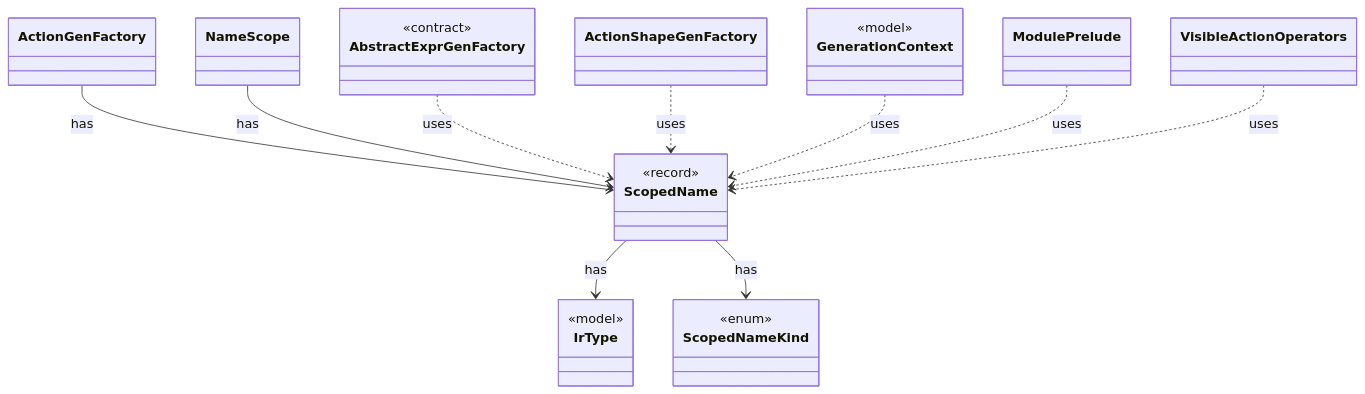
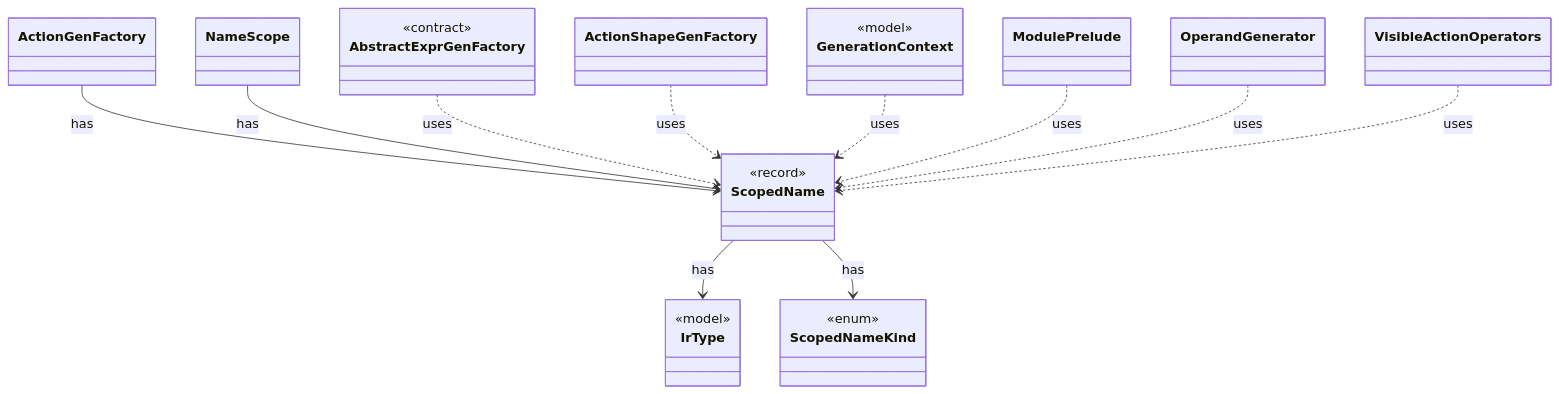
Before and after one commit to tlaplus/model-checker-hardening: the diagram in dev/types/io.github.tlaplus.hardening.gen.engine.ScopedName.md, drawn with Mermaid. The commit also changed other lines of this file and 405 other files, not shown here.

````diff
--- a/dev/types/io.github.tlaplus.hardening.gen.engine.ScopedName.md
+++ b/dev/types/io.github.tlaplus.hardening.gen.engine.ScopedName.md
@@ -7,32 +7,34 @@
 ```mermaid
 classDiagram
   class ScopedName {
     <<record>>
   }
   class IrType {
     <<model>>
   }
   class ScopedNameKind {
     <<enum>>
   }
   class ActionGenFactory
   class NameScope
   class AbstractExprGenFactory {
     <<contract>>
   }
   class ActionShapeGenFactory
   class GenerationContext {
     <<model>>
   }
   class ModulePrelude
+  class OperandGenerator
   class VisibleActionOperators
   ScopedName --> IrType : has
   ScopedName --> ScopedNameKind : has
   ActionGenFactory --> ScopedName : has
   NameScope --> ScopedName : has
   AbstractExprGenFactory ..> ScopedName : uses
   ActionShapeGenFactory ..> ScopedName : uses
   GenerationContext ..> ScopedName : uses
   ModulePrelude ..> ScopedName : uses
+  OperandGenerator ..> ScopedName : uses
   VisibleActionOperators ..> ScopedName : uses
 ```
````
